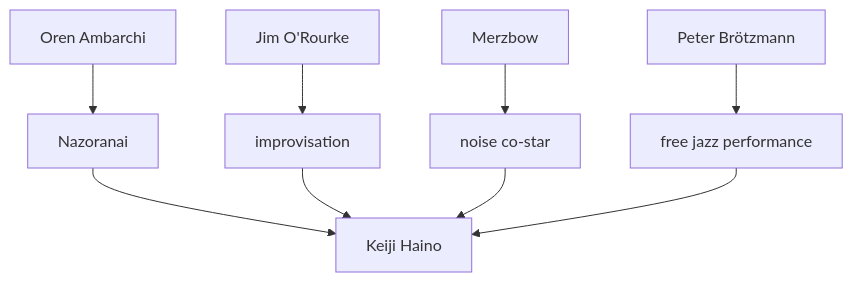
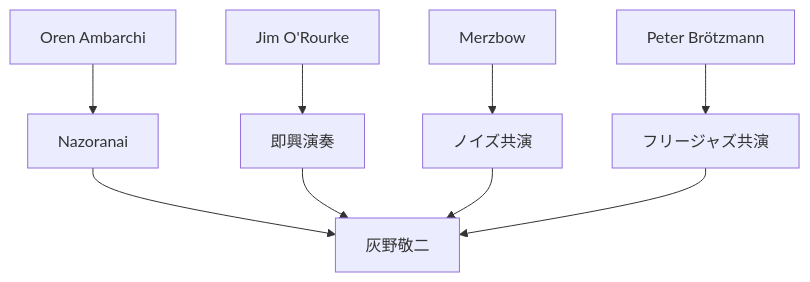
One commit to monumental-movement/monumental-movement.github.io changed the seventh of 9 diagrams in en/_posts/2026-03-06-column-keiji-haino.md. Above: the diagram before and after it, drawn with Mermaid. The commit also changed other lines of this file and 2196 other files, not shown here.

```diff
--- a/en/_posts/2026-03-06-column-keiji-haino.md
+++ b/en/_posts/2026-03-06-column-keiji-haino.md
@@ -624,22 +624,22 @@
 <div class="mermaid">
 
 graph TD
 
-Haino[Keiji Haino]
+Haino[灰野敬二]
 
 Oren[Oren Ambarchi]
 Jim[Jim O'Rourke]
 Merzbow[Merzbow]
 Peter[Peter Brötzmann]
 
 Oren --> Nazoranai[Nazoranai]
-Jim --> Improvisation[improvisation]
-Merzbow --> NoiseSession[noise co-star]
-Peter --> FreeJazz[free jazz performance]
+Jim --> Improvisation[即興演奏]
+Merzbow --> NoiseSession[ノイズ共演]
+Peter --> FreeJazz[フリージャズ共演]
 
 Nazoranai --> Haino
 Improvisation --> Haino
 NoiseSession --> Haino
 FreeJazz --> Haino
 
 </div>
```
